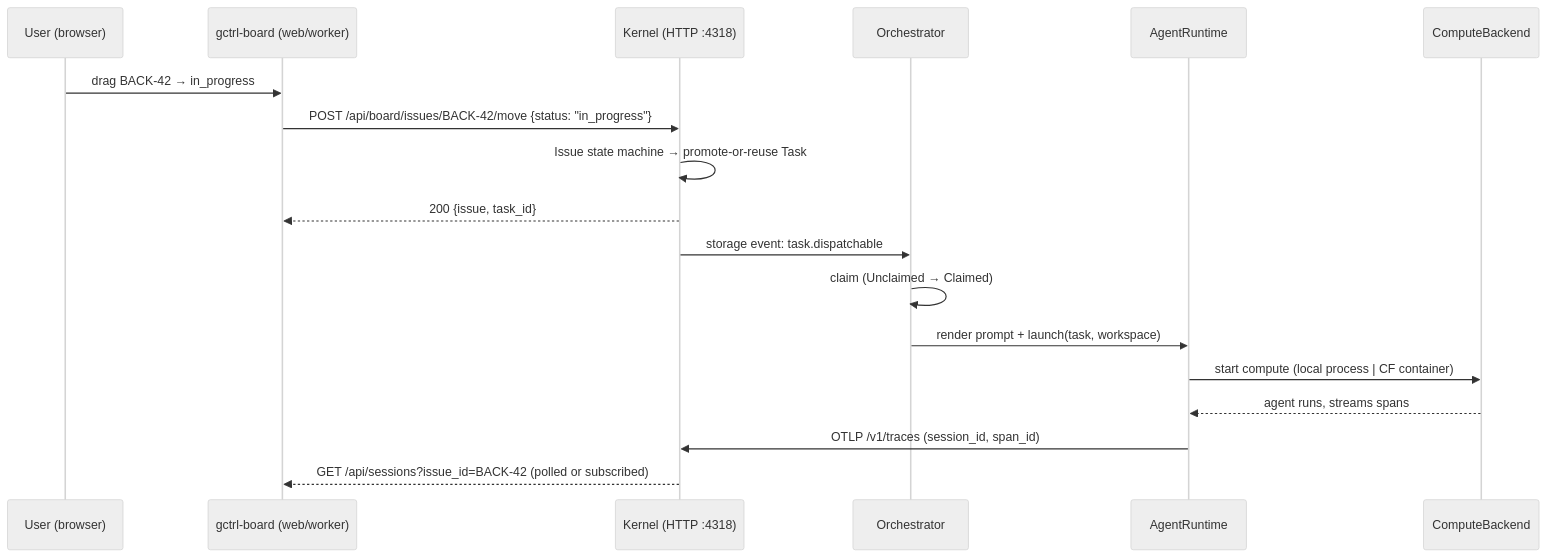
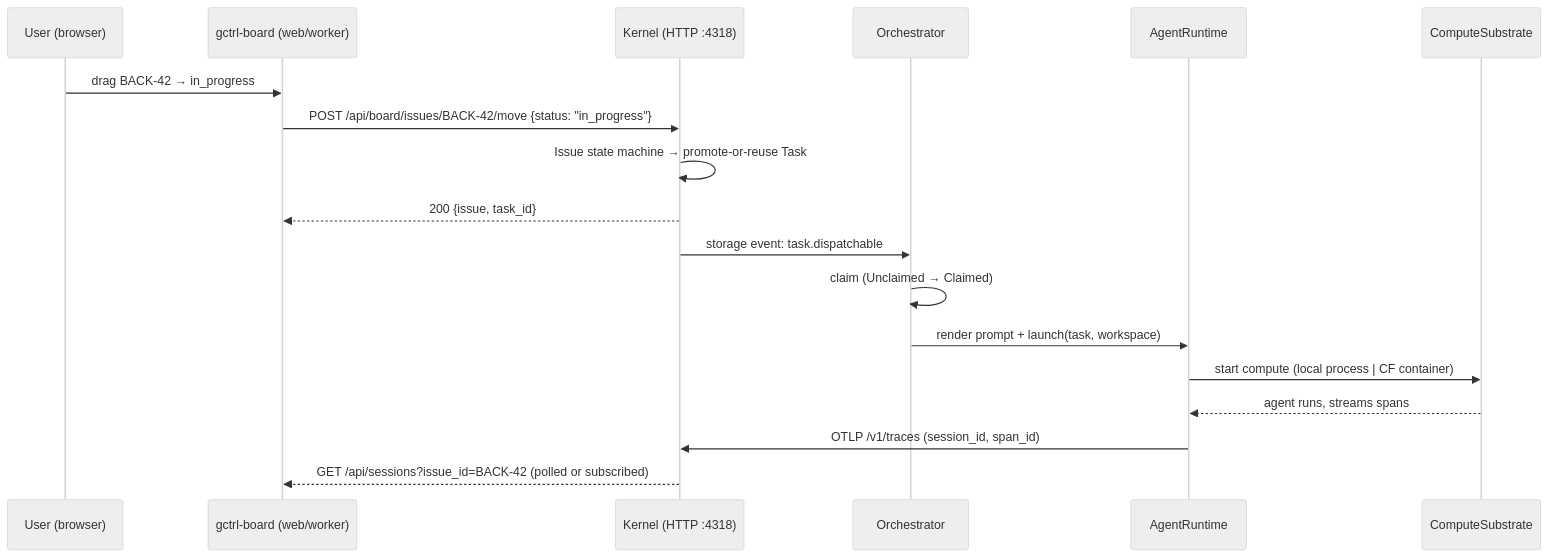
One commit to OpenHackersClub/gctrl changed the diagram in vault/specs/architecture/session-trigger-from-board.md. Above: the diagram before and after it, drawn with Mermaid (neutral theme). The commit also changed other lines of this file and 11 other files, not shown here.

First line of the commit message:
docs(specs): rename ComputeBackend → ComputeSubstrate + Lean 4 proofs

````diff
--- a/vault/specs/architecture/session-trigger-from-board.md
+++ b/vault/specs/architecture/session-trigger-from-board.md
@@ -38,21 +38,21 @@
 ```mermaid
 sequenceDiagram
     participant U as User (browser)
     participant B as gctrl-board (web/worker)
     participant K as Kernel (HTTP :4318)
     participant O as Orchestrator
     participant R as AgentRuntime
-    participant C as ComputeBackend
+    participant C as ComputeSubstrate
 
     U->>B: drag BACK-42 → in_progress
     B->>K: POST /api/board/issues/BACK-42/move {status: "in_progress"}
     K->>K: Issue state machine → promote-or-reuse Task
     K-->>B: 200 {issue, task_id}
     K->>O: storage event: task.dispatchable
     O->>O: claim (Unclaimed → Claimed)
     O->>R: render prompt + launch(task, workspace)
     R->>C: start compute (local process | CF container)
     C-->>R: agent runs, streams spans
     R->>K: OTLP /v1/traces (session_id, span_id)
     K-->>B: GET /api/sessions?issue_id=BACK-42 (polled or subscribed)
 ```
````
